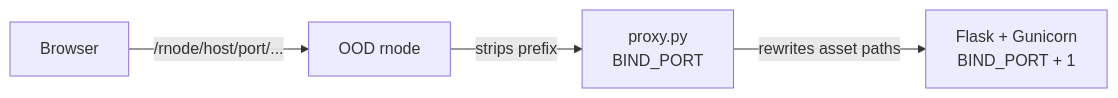
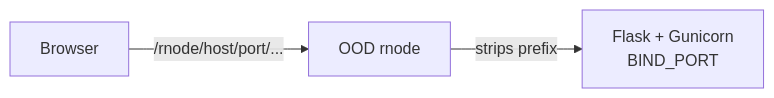
Before and after one commit to kir-rescomp/ood-app-mdv: the diagram in README.md, drawn with Mermaid. The commit also changed other lines of this file and 4 other files, not shown here.

First line of the commit message:
Serve MDV from Gunicorn on BIND_PORT, without proxy.py

````diff
--- a/README.md
+++ b/README.md
@@ -28,6 +28,5 @@
 ```mermaid
 flowchart LR
     B[Browser] -->|/rnode/host/port/...| R[OOD rnode]
-    R -->|strips prefix| P["proxy.py<br/>BIND_PORT"]
-    P -->|rewrites asset paths| F["Flask + Gunicorn<br/>BIND_PORT + 1"]
+    R -->|strips prefix| F["Flask + Gunicorn<br/>BIND_PORT"]
 ```
````
